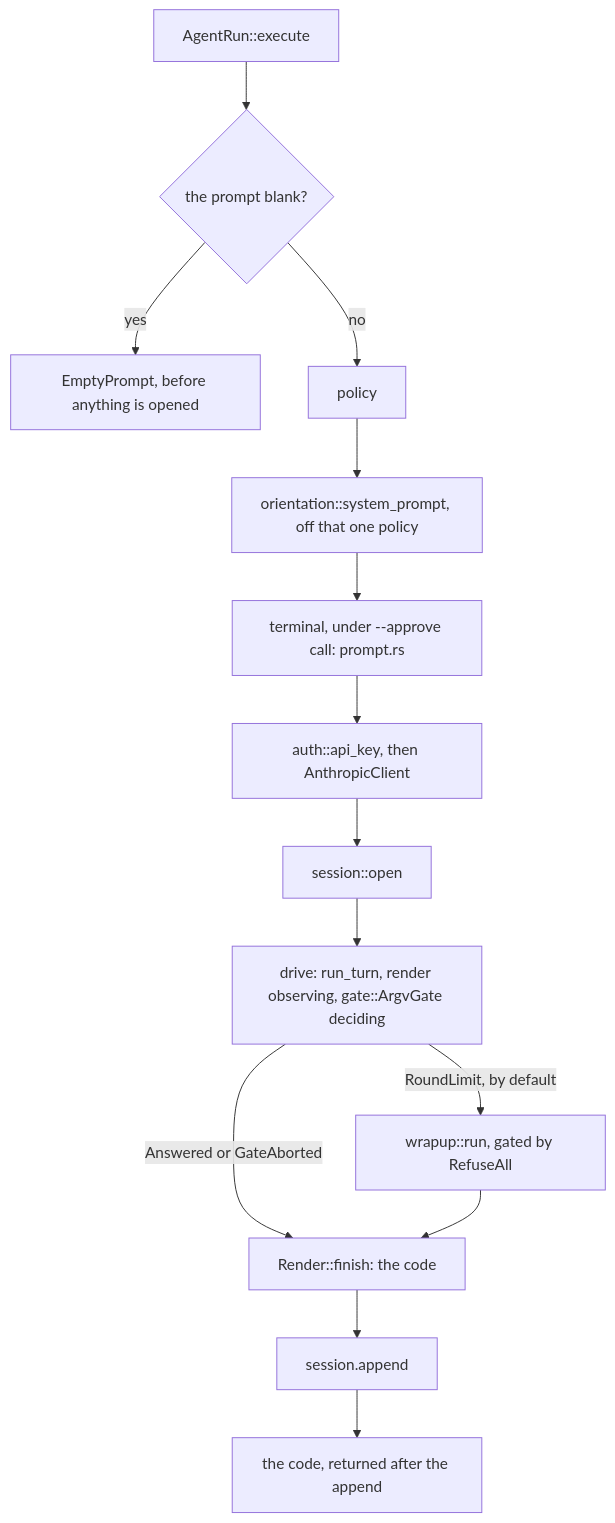
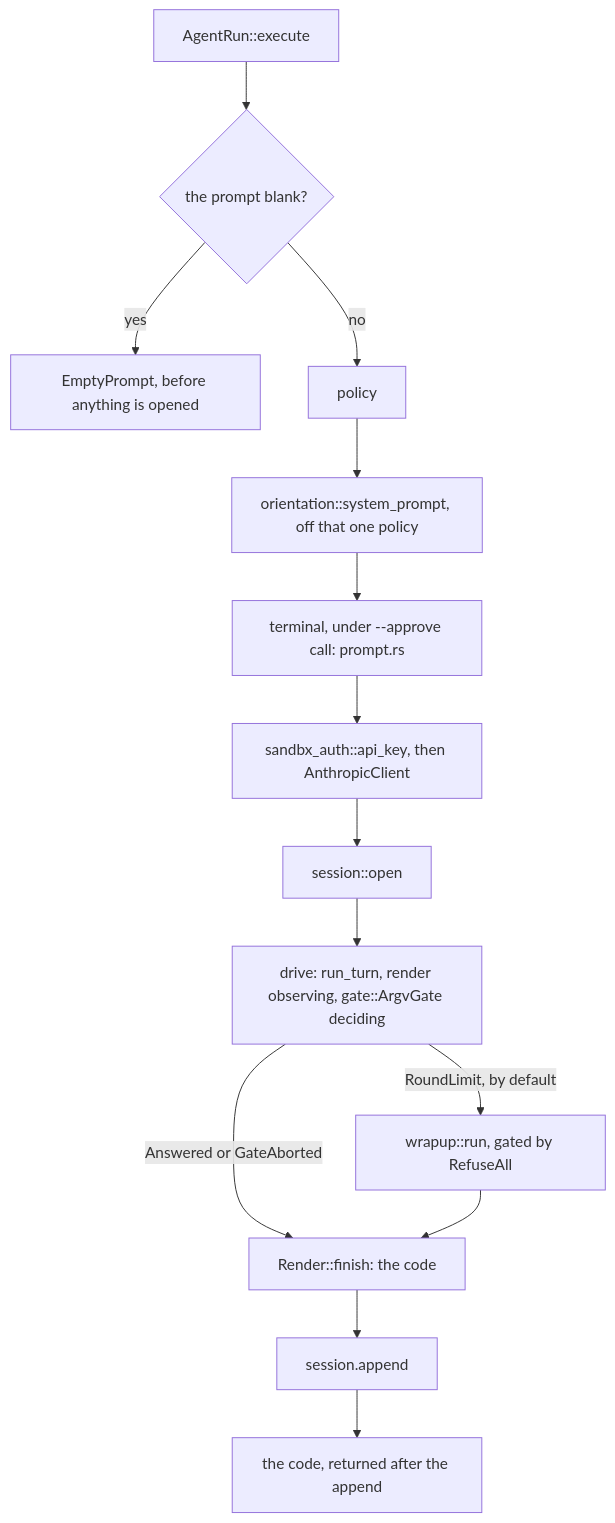
Before and after one commit to danczw/sandbx: the second of 2 diagrams in context/onboarding/24-crate-cli.md, drawn with Mermaid. The commit also changed other lines of this file and 28 other files, not shown here.

````diff
--- a/context/onboarding/24-crate-cli.md
+++ b/context/onboarding/24-crate-cli.md
@@ -327,16 +331,16 @@
 ```mermaid
 flowchart TD
     A["AgentRun::execute"] --> B{"the prompt blank?"}
     B -->|"yes"| C["EmptyPrompt, before anything is opened"]
     B -->|"no"| D["policy"]
     D --> E["orientation::system_prompt, off that one policy"]
     E --> F["terminal, under --approve call: prompt.rs"]
-    F --> G["auth::api_key, then AnthropicClient"]
+    F --> G["sandbx_auth::api_key, then AnthropicClient"]
     G --> H["session::open"]
     H --> I["drive: run_turn, render observing, gate::ArgvGate deciding"]
     I -->|"RoundLimit, by default"| J["wrapup::run, gated by RefuseAll"]
     I -->|"Answered or GateAborted"| K["Render::finish: the code"]
     J --> K
     K --> L["session.append"]
     L --> M["the code, returned after the append"]
 ```
````
